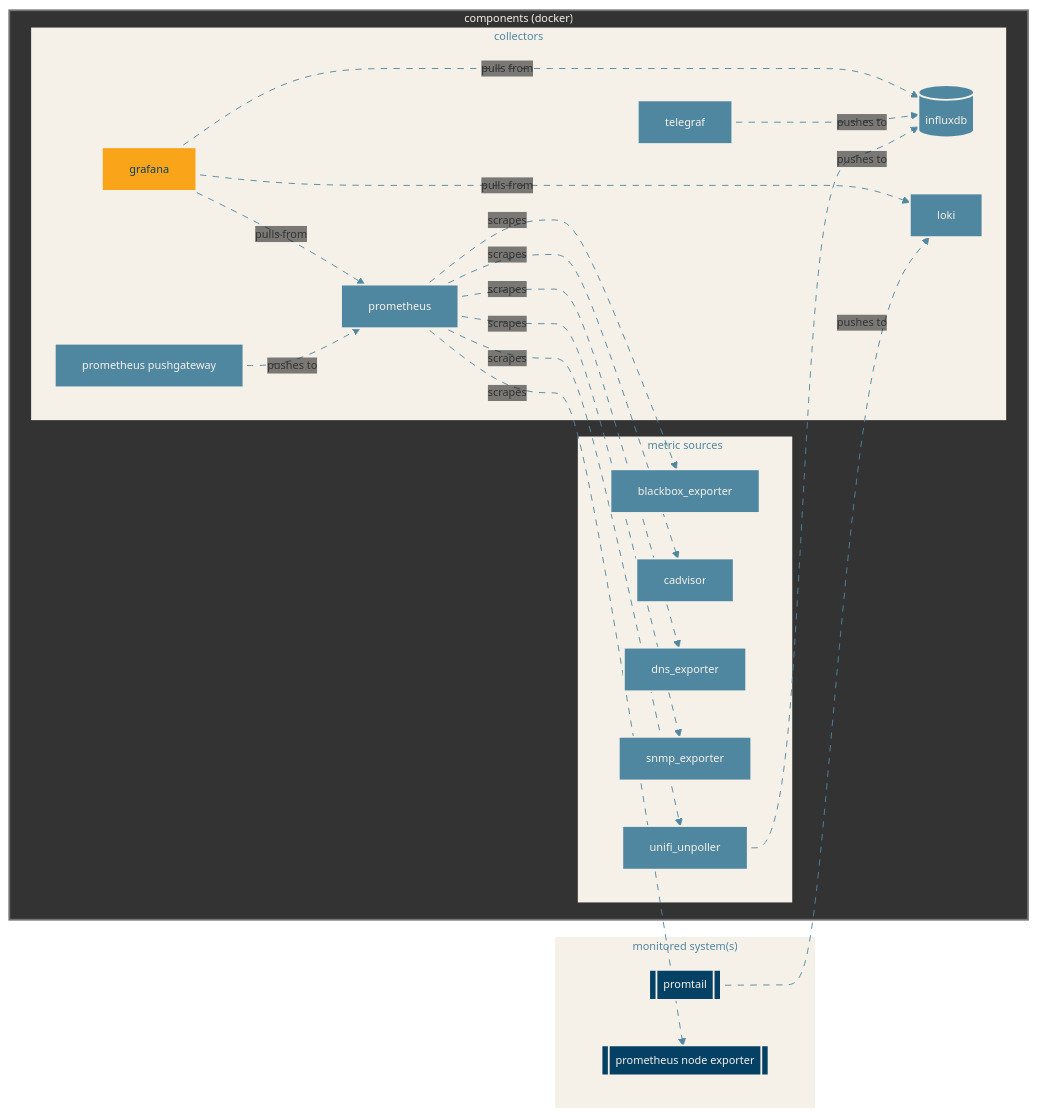
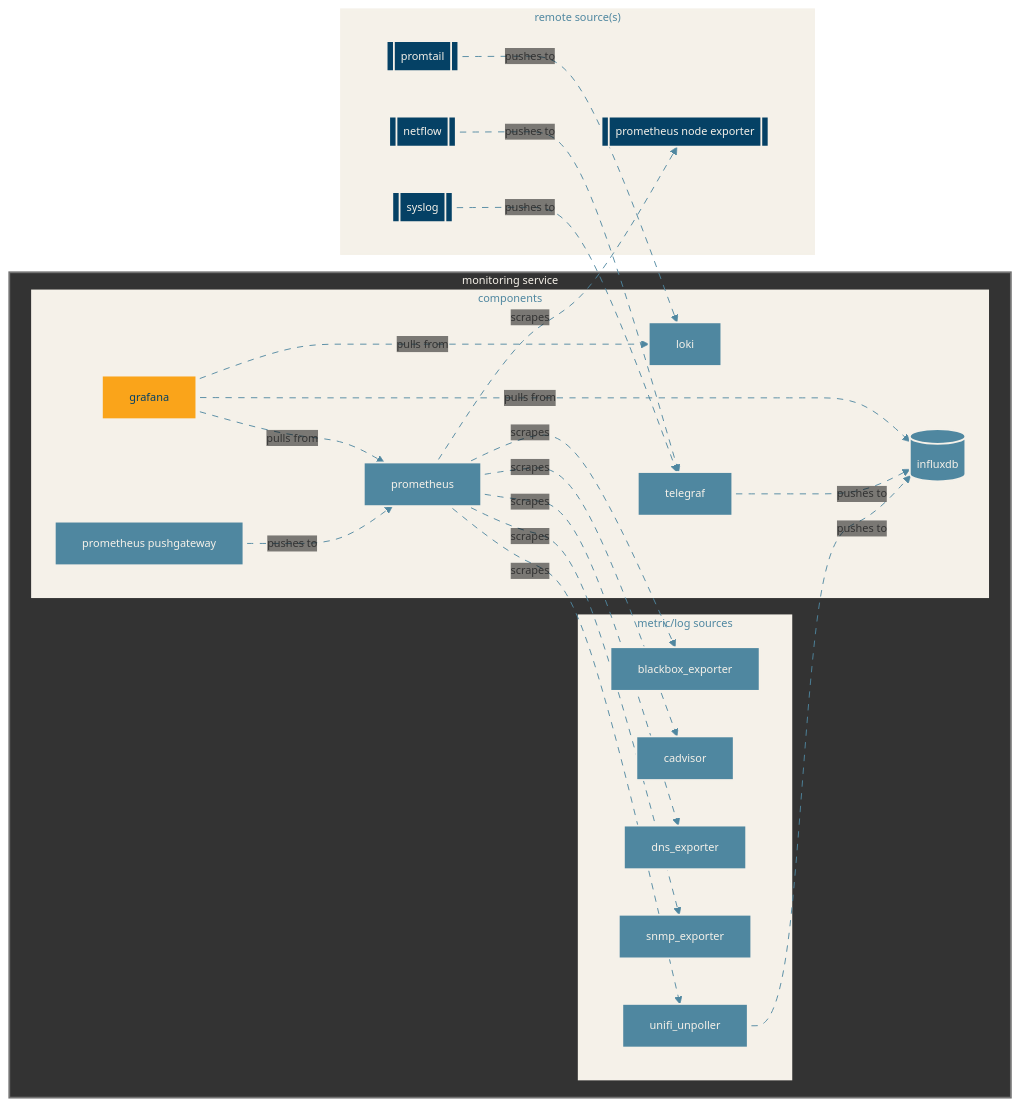
The diagram in README.md (jaredmmartin/monitoring), drawn with Mermaid before and after one commit. The commit also changed other lines of this file and 7 other files, not shown here.

Commit message:
Docs update, moving configs to variables, adding syslog and netflow sources

````diff
--- a/README.md
+++ b/README.md
@@ -20,27 +20,27 @@
     edgeLabelBackground: 'transparent'
 ---
 flowchart LR
-    subgraph components ["components (docker)"]
+    subgraph service ["monitoring service"]
         %% Monitoring components
-        subgraph collectors ["collectors"]
+        subgraph components ["components"]
             %% Nodes
             grafana["grafana"]:::grafana
             influxdb[("influxdb")]:::component
             loki["loki"]:::component
+            prometheus_pushgateway["prometheus pushgateway"]:::component
             prometheus["prometheus"]:::component
             telegraf["telegraf"]:::component
-            prometheus_pushgateway["prometheus pushgateway"]:::component
 
             %% Node links
             grafana e1@-- pulls from --> prometheus
             grafana e2@-- pulls from --> loki
             grafana e3@-- pulls from --> influxdb
+            prometheus_pushgateway e5@-- pushes to --> prometheus
             telegraf e4@-- pushes to --> influxdb
-            prometheus_pushgateway e5@-- pushes to --> prometheus
         end
 
         %% Monitoring sources
-        subgraph sources ["metric sources"]
+        subgraph sources ["metric/log sources"]
             %% Nodes
             blackbox_exporter["blackbox_exporter"]:::component
             cadvisor["cadvisor"]:::component
@@ -49,38 +49,42 @@
             unifi_unpoller["unifi_unpoller"]:::component
 
             %% Node links
-            unifi_unpoller e6@-- pushes to --> influxdb
+            prometheus e10@-- scrapes --> snmp_exporter
+            prometheus e11@-- scrapes --> unifi_unpoller
             prometheus e7@-- scrapes --> blackbox_exporter
             prometheus e8@-- scrapes --> cadvisor
             prometheus e9@-- scrapes --> dns_exporter
-            prometheus e10@-- scrapes --> snmp_exporter
-            prometheus e11@-- scrapes --> unifi_unpoller
+            unifi_unpoller e6@-- pushes to --> influxdb
         end
     end
 
     %% Monitoring agents
-    subgraph agents ["monitored system(s)"]
+    subgraph remote_sources ["remote source(s)"]
         %% Nodes
-        promtail[["promtail"]]:::agent
-        prometheus_node_exporter[["prometheus node exporter"]]:::agent
-
+        netflow[["netflow"]]:::remote_source
+        prometheus_node_exporter[["prometheus node exporter"]]:::remote_source
+        promtail[["promtail"]]:::remote_source
+        syslog[["syslog"]]:::remote_source
+        
         %% Node links
         promtail e12@-- pushes to --> loki
         prometheus e13@-- scrapes --> prometheus_node_exporter
+        netflow e14@-- pushes to --> telegraf
+        syslog e15@-- pushes to --> telegraf
     end
 
     %% Node styles
-    classDef agent fill:#054165,stroke:#f5f1e9,stroke-width:2px,color:#f5f1e9
+    classDef remote_source fill:#054165,stroke:#f5f1e9,stroke-width:2px,color:#f5f1e9
     classDef component fill:#4f87a0,stroke:#f5f1e9,stroke-width:2px,color:#f5f1e9
     classDef grafana fill:#faa41a,stroke:#f5f1e9,stroke-width:2px,color:#054165
     classDef group fill:#f5f1e9,stroke:#f5f1e9,stroke-width:2px,color:#4f87a0
-    classDef docker fill:#333333,stroke:#737373,stroke-width:2px,color:#f5f1e9
+    classDef service fill:#333333,stroke:#737373,stroke-width:2px,color:#f5f1e9
 
     %% Assign group styles
-    collectors:::group
-    agents:::group
+    service:::service
+    components:::group
     sources:::group
-    components:::docker
+    remote_sources:::group
 
     %% Link styles
     classDef animate_fast stroke-dasharray: 7,1,stroke-dashoffset: 500,animation: dash 15s linear infinite
@@ -100,4 +104,6 @@
     class e11 animate_slow
     class e12 animate_slow
     class e13 animate_slow
+    class e14 animate_slow
+    class e15 animate_slow
 ```
````
